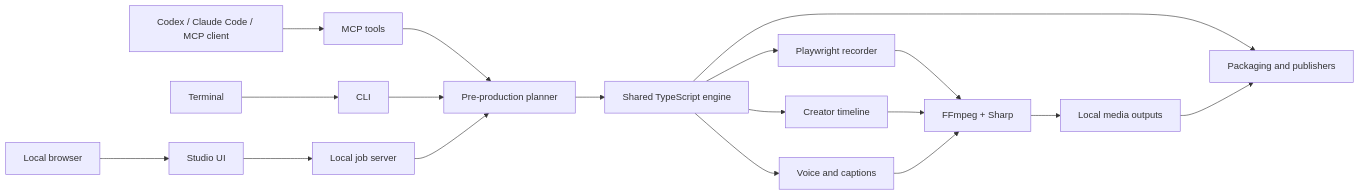
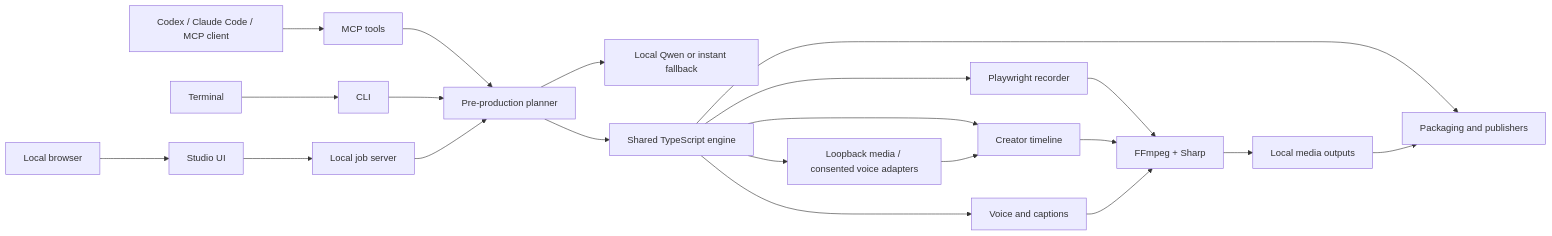
Before and after one commit to khajaaijaz26/agent-demo-studio: the diagram in docs/ARCHITECTURE.md, drawn with Mermaid. The commit also changed other lines of this file and 36 other files, not shown here.

Commit message:
feat: add fully local Qwen creator studio

````diff
--- a/docs/ARCHITECTURE.md
+++ b/docs/ARCHITECTURE.md
@@ -5,20 +5,23 @@
 ```mermaid
 flowchart LR
   A[Codex / Claude Code / MCP client] --> M[MCP tools]
   B[Terminal] --> C[CLI]
   U[Local browser] --> S[Studio UI]
   M --> Q[Pre-production planner]
   C --> Q
+  Q --> L[Local Qwen or instant fallback]
   Q --> E[Shared TypeScript engine]
   S --> J[Local job server]
   J --> Q
   E --> R[Playwright recorder]
   E --> T[Creator timeline]
   E --> V[Voice and captions]
+  E --> G[Loopback media / consented voice adapters]
+  G --> T
   E --> P[Packaging and publishers]
   R --> F[FFmpeg + Sharp]
   T --> F
   V --> F
   F --> O[Local media outputs]
   O --> P
 ```
````
